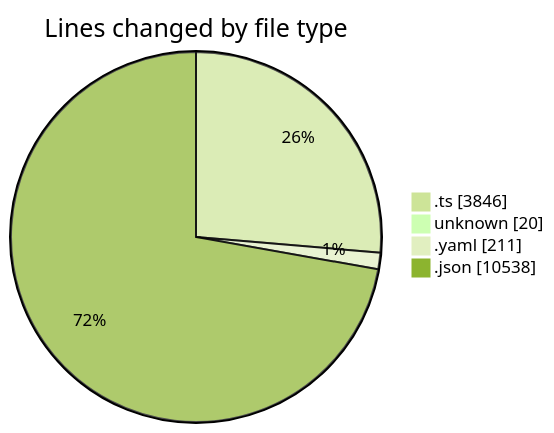
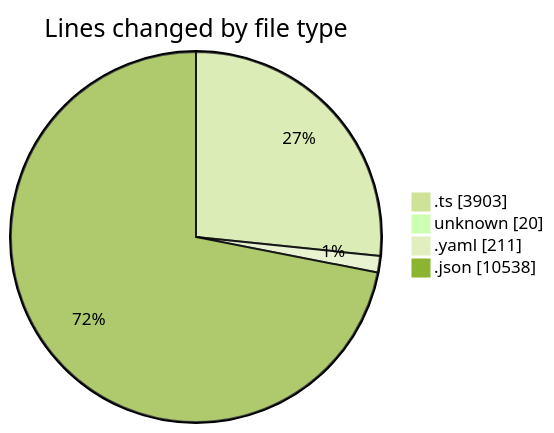
One commit to mevix1/code-tracking changed the first of 2 diagrams in 2025-10-01/oura-api/README.md. Above: the diagram before and after it, drawn with Mermaid (forest theme). The commit also changed other lines of this file and 1 other file, not shown here.

````diff
--- a/2025-10-01/oura-api/README.md
+++ b/2025-10-01/oura-api/README.md
@@ -56,8 +58,8 @@
 ```mermaid
 pie showData
 title Lines changed by file type
-".ts" : 3846
+".ts" : 3903
 "unknown" : 20
 ".yaml" : 211
 ".json" : 10538
 ```
````
